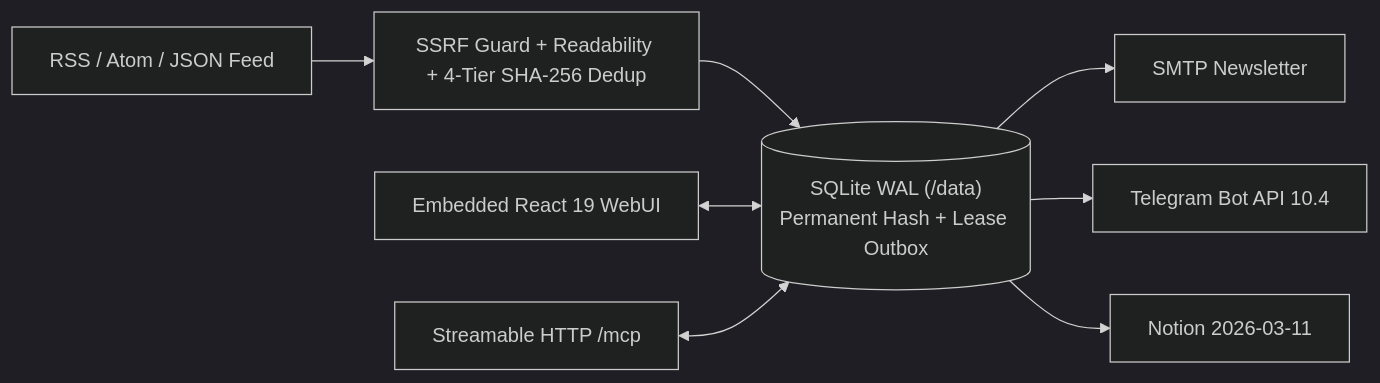
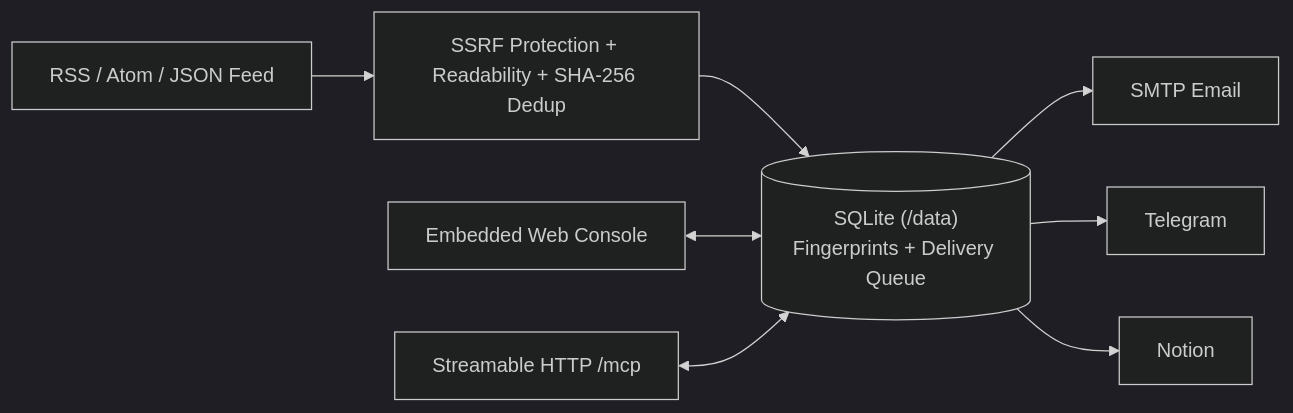
One commit to ElleryHe/FeedCourier changed the diagram in README.md. Above: the diagram before and after it, drawn with Mermaid (dark theme). The commit also changed other lines of this file and 57 other files, not shown here.

````diff
--- a/README.md
+++ b/README.md
@@ -32,10 +30,10 @@
 ```mermaid
 flowchart LR
-    Feed["RSS / Atom / JSON Feed"] --> Guard["SSRF Guard + Readability + 4-Tier SHA-256 Dedup"]
-    Guard --> DB[("SQLite WAL (/data)\nPermanent Hash + Lease Outbox")]
-    DB --> SMTP["SMTP Newsletter"]
-    DB --> TG["Telegram Bot API 10.4"]
-    DB --> NT["Notion 2026-03-11"]
-    UI["Embedded React 19 WebUI"] <--> DB
+    Feed["RSS / Atom / JSON Feed"] --> Guard["SSRF Protection + Readability + SHA-256 Dedup"]
+    Guard --> DB[("SQLite (/data)\nFingerprints + Delivery Queue")]
+    DB --> SMTP["SMTP Email"]
+    DB --> TG["Telegram"]
+    DB --> NT["Notion"]
+    UI["Embedded Web Console"] <--> DB
     MCP["Streamable HTTP /mcp"] <--> DB
 ```
````
